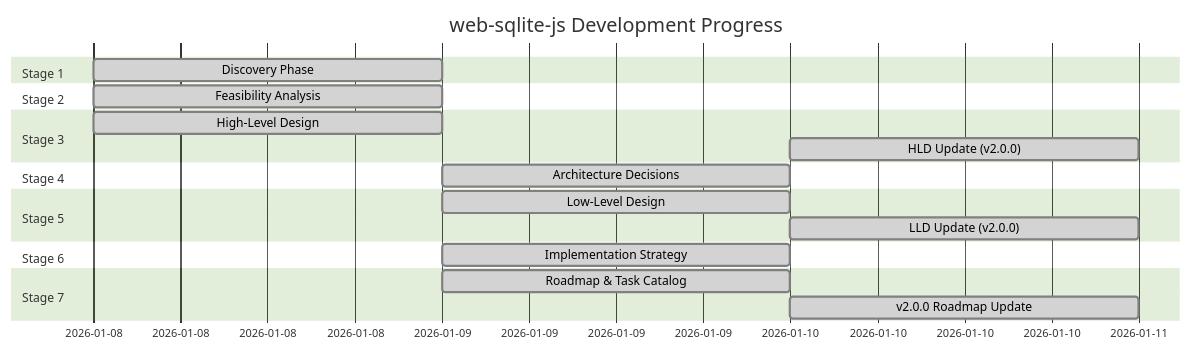
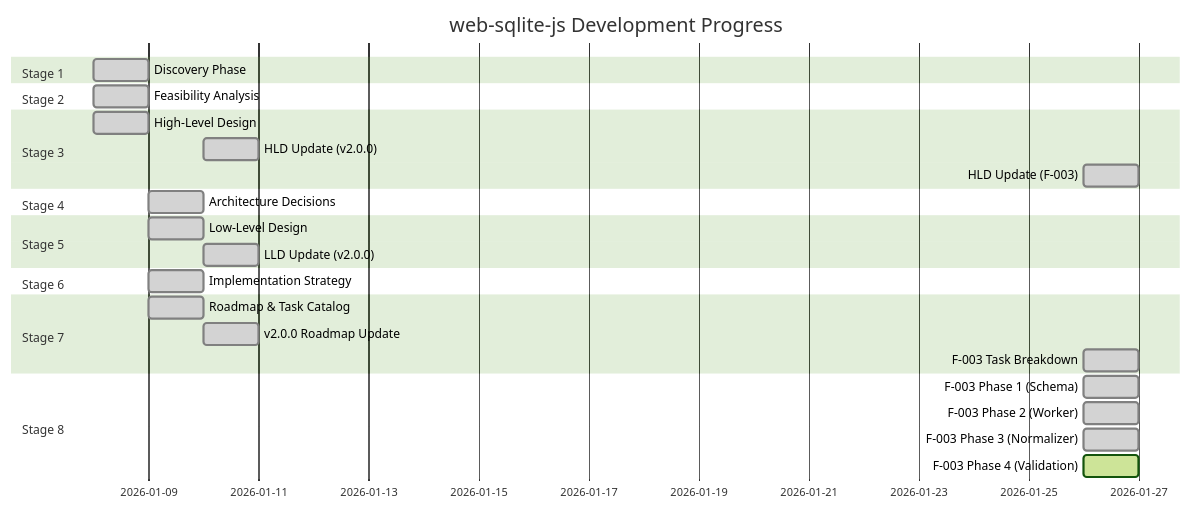
Before and after one commit to wuchuheng/web-sqlite-js: the diagram in agent-docs/00-control/01-status.md, drawn with Mermaid (forest theme). The commit also changed other lines of this file and 52 other files, not shown here.

````diff
--- a/agent-docs/00-control/01-status.md
+++ b/agent-docs/00-control/01-status.md
@@ -12,22 +12,29 @@
 ```mermaid
 gantt
     title web-sqlite-js Development Progress
     dateFormat  YYYY-MM-DD
     section Stage 1
     Discovery Phase           :done,    des1, 2026-01-08, 1d
     section Stage 2
     Feasibility Analysis      :done,    des2, 2026-01-08, 1d
     section Stage 3
     High-Level Design         :done,    des3, 2026-01-08, 1d
     HLD Update (v2.0.0)       :done,    des3b, 2026-01-10, 1d
+    HLD Update (F-003)        :done,    des3c, 2026-01-26, 1d
     section Stage 4
     Architecture Decisions    :done,    des4, 2026-01-09, 1d
     section Stage 5
     Low-Level Design          :done,    des5, 2026-01-09, 1d
     LLD Update (v2.0.0)       :done,    des5b, 2026-01-10, 1d
     section Stage 6
     Implementation Strategy   :done,    des6, 2026-01-09, 1d
     section Stage 7
     Roadmap & Task Catalog    :done,    des7, 2026-01-09, 1d
     v2.0.0 Roadmap Update     :done,    des7b, 2026-01-10, 1d
+    F-003 Task Breakdown      :done,    des7c, 2026-01-26, 1d
+    section Stage 8
+    F-003 Phase 1 (Schema)    :done,    des8a, 2026-01-26, 1d
+    F-003 Phase 2 (Worker)    :done,    des8b, 2026-01-26, 1d
+    F-003 Phase 3 (Normalizer) :done,    des8c, 2026-01-26, 1d
+    F-003 Phase 4 (Validation) :active,  des8d, 2026-01-26, 1d
 ```
````
